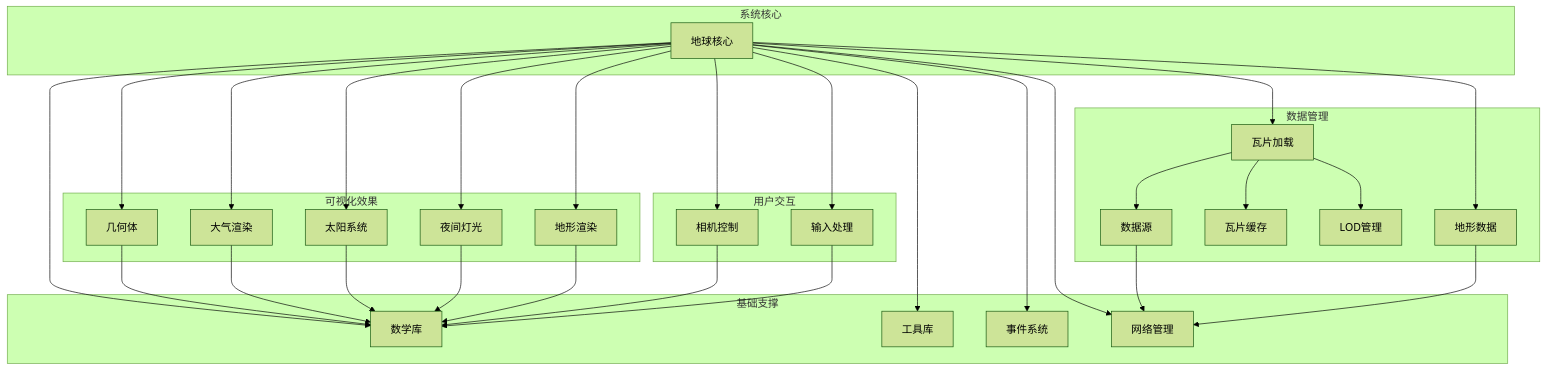
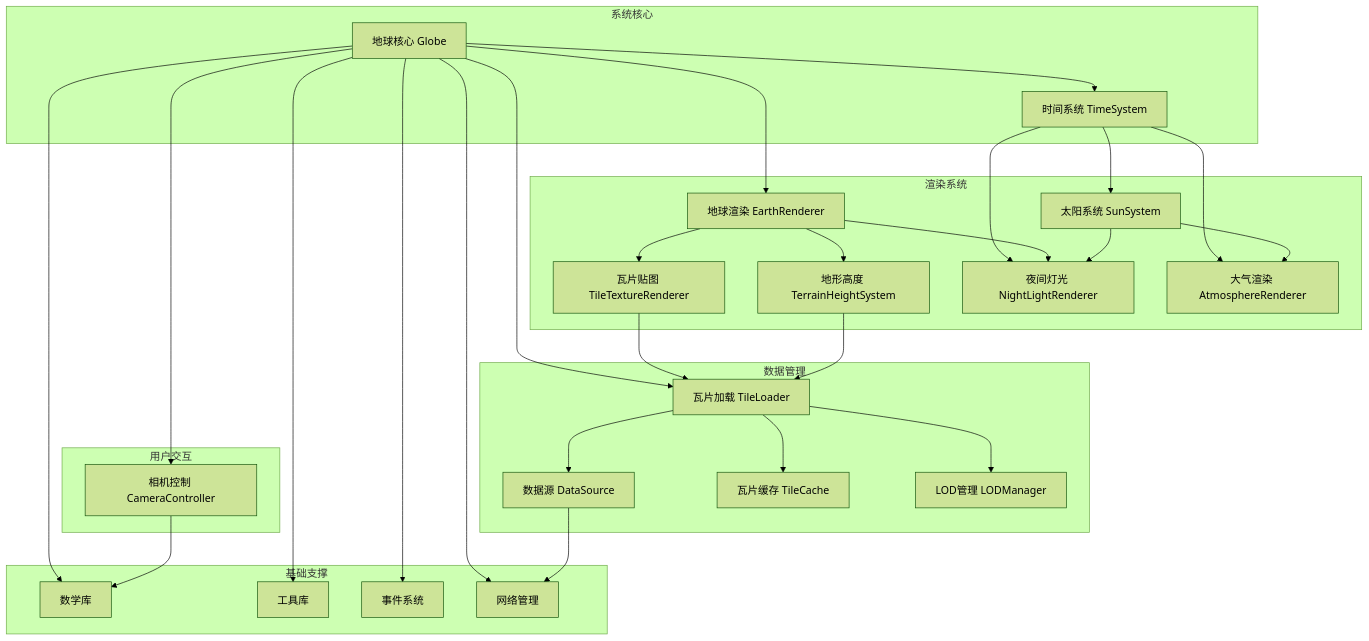
One commit to Zoranner/openearth changed the first of 2 diagrams in docs/技术设计方案/00-总体设计.md. Above: the diagram before and after it, drawn with Mermaid (forest theme). The commit also changed other lines of this file and 10 other files, not shown here.

````diff
--- a/docs/技术设计方案/00-总体设计.md
+++ b/docs/技术设计方案/00-总体设计.md
@@ -19,60 +19,64 @@
 ```mermaid
 graph TB
     subgraph "系统核心"
-        A[地球核心]
+        A[地球核心 Globe]
+        T[时间系统 TimeSystem]
     end
 
     subgraph "基础支撑"
         B[数学库]
         C[工具库]
         D[事件系统]
         E[网络管理]
     end
 
     subgraph "数据管理"
-        F[瓦片加载]
-        G[数据源]
-        H[瓦片缓存]
-        I[LOD管理]
-        J[地形数据]
+        F[瓦片加载 TileLoader]
+        G[数据源 DataSource]
+        H[瓦片缓存 TileCache]
+        I[LOD管理 LODManager]
     end
 
-    subgraph "可视化效果"
-        K[几何体]
-        L[大气渲染]
-        M[太阳系统]
-        N[夜间灯光]
-        O[地形渲染]
+    subgraph "渲染系统"
+        K[地球渲染 EarthRenderer]
+        L[瓦片贴图 TileTextureRenderer]
+        M[地形高度 TerrainHeightSystem]
+        N[夜间灯光 NightLightRenderer]
+        O[大气渲染 AtmosphereRenderer]
+        P[太阳系统 SunSystem]
     end
 
     subgraph "用户交互"
-        P[相机控制]
-        Q[输入处理]
+        Q[相机控制 CameraController]
     end
 
+    A --> T
     A --> F
-    A --> J
     A --> K
-    A --> L
-    A --> M
-    A --> N
-    A --> O
-    A --> P
     A --> Q
     A --> B
     A --> C
     A --> D
     A --> E
+
+    T --> P
+    T --> O
+    T --> N
+
+    K --> L
+    K --> M
+    K --> N
+
     F --> G
     F --> H
     F --> I
     G --> E
-    J --> E
-    K --> B
-    L --> B
-    M --> B
-    N --> B
-    O --> B
-    P --> B
+
+    L --> F
+    M --> F
+
+    P --> O
+    P --> N
+
     Q --> B
 ```
````
